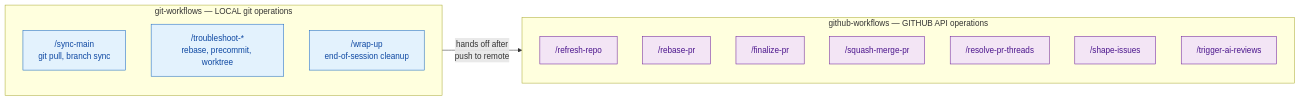
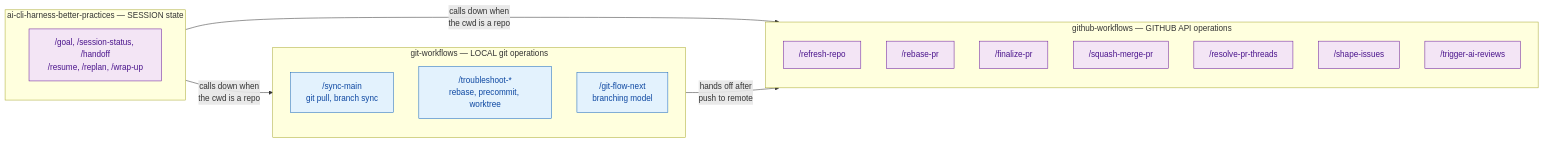
One commit to dryvist/claude-code-plugins changed the second of 2 diagrams in git-workflows/ARCHITECTURE.md. Above: the diagram before and after it, drawn with Mermaid. The commit also changed other lines of this file and 26 other files, not shown here.

First line of the commit message:
feat(ai-cli-harness-better-practices): extract session continuity from git-workflows, add /goal (#437)

````diff
--- a/git-workflows/ARCHITECTURE.md
+++ b/git-workflows/ARCHITECTURE.md
@@ -78,25 +47,32 @@
 ```mermaid
 flowchart LR
     classDef ai fill:#e3f2fd,stroke:#1565c0,color:#0d47a1
     classDef external fill:#f3e5f5,stroke:#6a1b9a,color:#4a148c
 
+    subgraph harness["ai-cli-harness-better-practices — SESSION state"]
+        direction TB
+        cont["/goal, /session-status, /handoff\n/resume, /replan, /wrap-up"]:::external
+    end
+
     subgraph local["git-workflows — LOCAL git operations"]
         direction TB
         sync_main["/sync-main\ngit pull, branch sync"]:::ai
         ts["/troubleshoot-*\nrebase, precommit, worktree"]:::ai
-        wrap_up["/wrap-up\nend-of-session cleanup"]:::ai
+        git_flow["/git-flow-next\nbranching model"]:::ai
     end
 
     subgraph remote["github-workflows — GITHUB API operations"]
         direction TB
         refresh_repo["/refresh-repo"]:::external
         rebase_pr["/rebase-pr"]:::external
         finalize_pr["/finalize-pr"]:::external
         squash_merge_pr["/squash-merge-pr"]:::external
         resolve_threads["/resolve-pr-threads"]:::external
         shape_issues["/shape-issues"]:::external
         trigger_reviews["/trigger-ai-reviews"]:::external
     end
 
+    harness -- "calls down when\nthe cwd is a repo" --> local
+    harness -- "calls down when\nthe cwd is a repo" --> remote
     local -- "hands off after\npush to remote" --> remote
 ```
````
